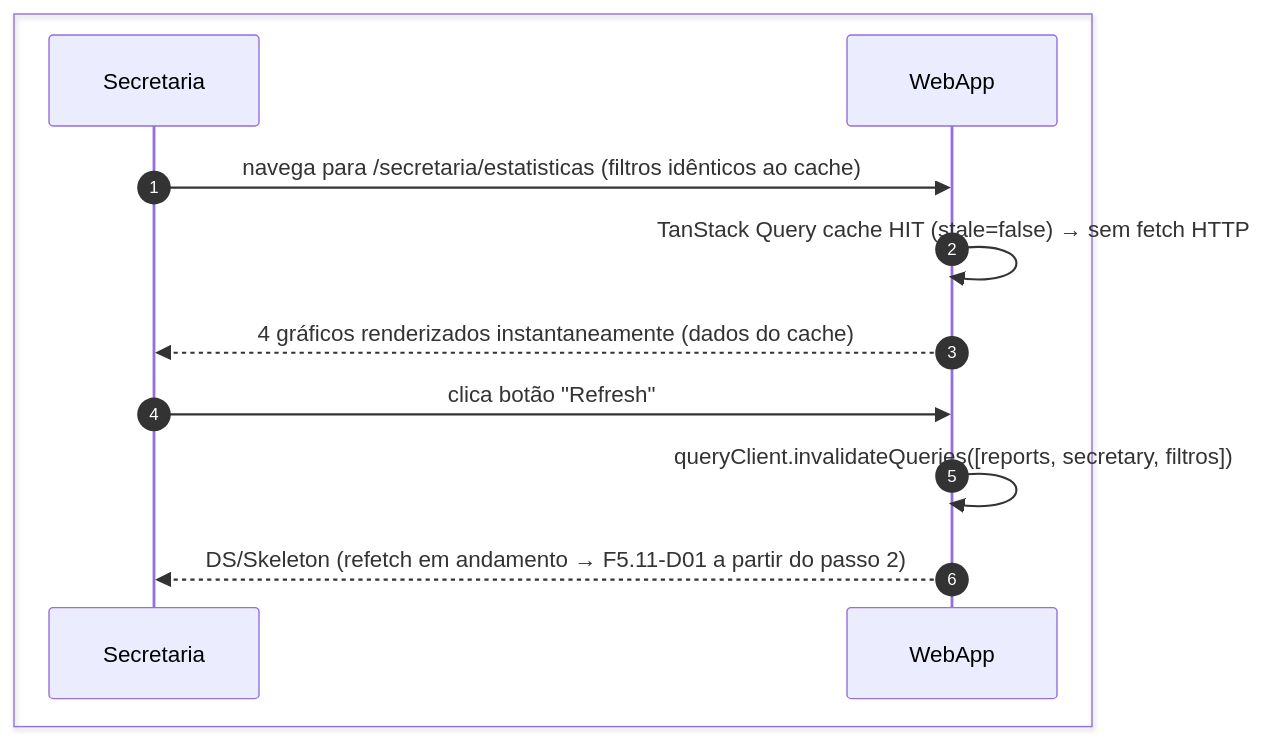
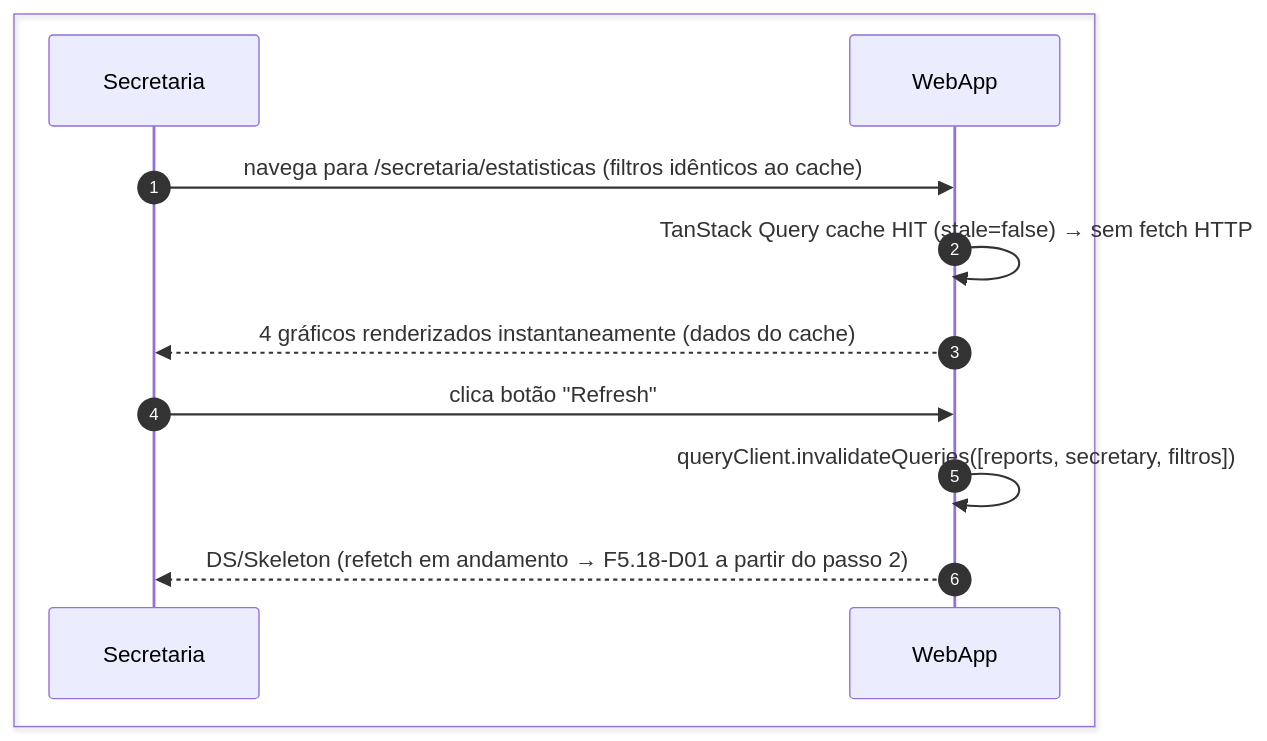
Before and after one commit to umishell/secretariaOnline2: the second of 3 diagrams in foundationDocs/sequenceDiagrams/F5 — Secretaria/US-F5-011-ESTATISTICAS.md, drawn with Mermaid. The commit also changed other lines of this file and 28 other files, not shown here.

First line of the commit message:
Enhance database and sequence diagram documentation for clarity and usability

````diff
--- a/foundationDocs/sequenceDiagrams/F5 — Secretaria/US-F5-011-ESTATISTICAS.md
+++ b/foundationDocs/sequenceDiagrams/F5 — Secretaria/US-F5-011-ESTATISTICAS.md
@@ -102,15 +102,15 @@
 ```mermaid
 sequenceDiagram
     autonumber
     box #e8f4fc Cliente
         participant Secretaria
         participant WebApp
     end
 
     Secretaria->>WebApp: navega para /secretaria/estatisticas (filtros idênticos ao cache)
     WebApp->>WebApp: TanStack Query cache HIT (stale=false) → sem fetch HTTP
     WebApp-->>Secretaria: 4 gráficos renderizados instantaneamente (dados do cache)
     Secretaria->>WebApp: clica botão "Refresh"
     WebApp->>WebApp: queryClient.invalidateQueries([reports, secretary, filtros])
-    WebApp-->>Secretaria: DS/Skeleton (refetch em andamento → F5.11-D01 a partir do passo 2)
+    WebApp-->>Secretaria: DS/Skeleton (refetch em andamento → F5.18-D01 a partir do passo 2)
 ```
````
